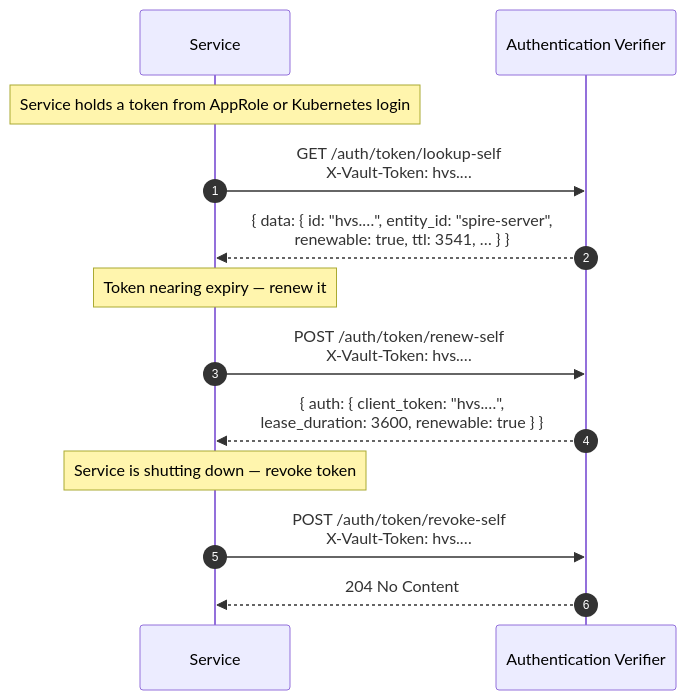
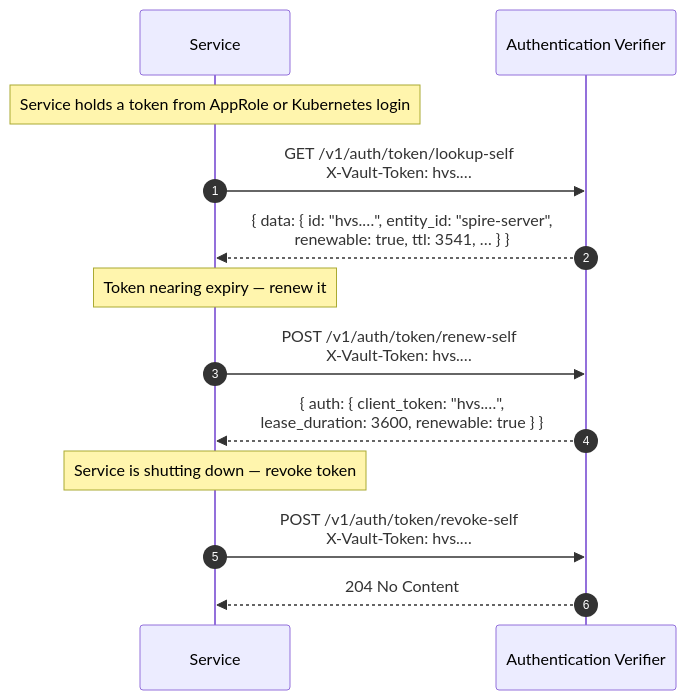
Before and after one commit to Cosmian/authentication: the seventh of 13 diagrams in server/documentation/docs/authentication_flows.md, drawn with Mermaid. The commit also changed other lines of this file and 32 other files, not shown here.

First line of the commit message:
feat!: serve Vault client routes only under /v1/auth and add userpass login (#134)

````diff
--- a/server/documentation/docs/authentication_flows.md
+++ b/server/documentation/docs/authentication_flows.md
@@ -290,19 +290,19 @@
 ```mermaid
 sequenceDiagram
     autonumber
     participant S as Service
     participant EA as Authentication Verifier
 
     note over S: Service holds a token from AppRole or Kubernetes login
 
-    S->>EA: GET /auth/token/lookup-self<br/>X-Vault-Token: hvs.…
+    S->>EA: GET /v1/auth/token/lookup-self<br/>X-Vault-Token: hvs.…
     EA-->>S: { data: { id: "hvs.…", entity_id: "spire-server",<br/>           renewable: true, ttl: 3541, … } }
 
     note over S: Token nearing expiry — renew it
-    S->>EA: POST /auth/token/renew-self<br/>X-Vault-Token: hvs.…
+    S->>EA: POST /v1/auth/token/renew-self<br/>X-Vault-Token: hvs.…
     EA-->>S: { auth: { client_token: "hvs.…",<br/>           lease_duration: 3600, renewable: true } }
 
     note over S: Service is shutting down — revoke token
-    S->>EA: POST /auth/token/revoke-self<br/>X-Vault-Token: hvs.…
+    S->>EA: POST /v1/auth/token/revoke-self<br/>X-Vault-Token: hvs.…
     EA-->>S: 204 No Content
 ```
````
